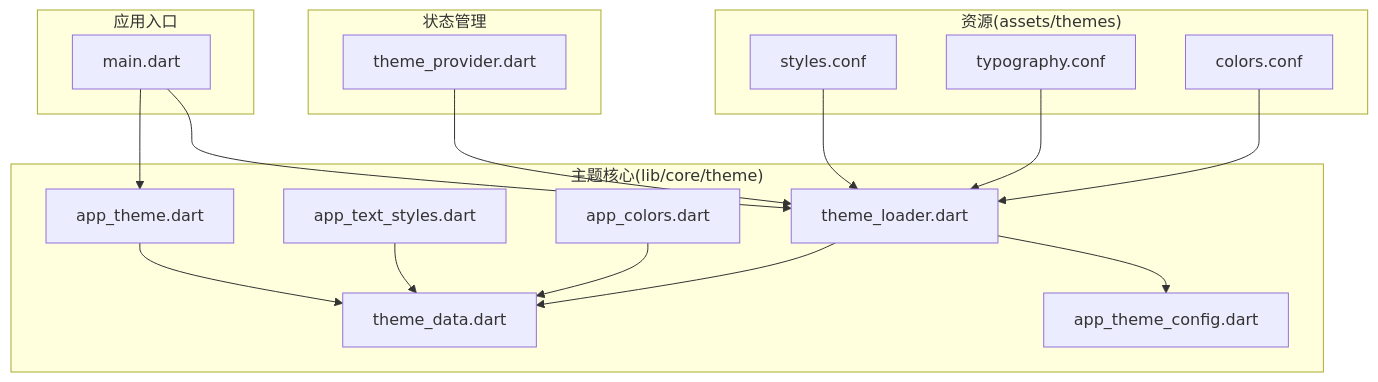
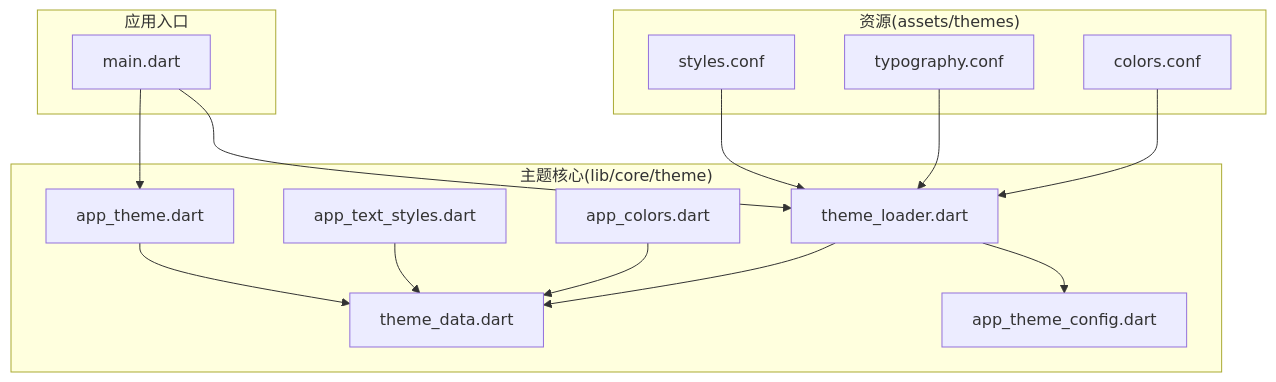
One commit to ZTfer/Tinycast changed the first of 8 diagrams in .qoder/repowiki/zh/content/扩展开发/自定义功能开发/页面开发/主题与样式定制.md. Above: the diagram before and after it, drawn with Mermaid. The commit also changed other lines of this file and 34 other files, not shown here.

````diff
--- a/.qoder/repowiki/zh/content/扩展开发/自定义功能开发/页面开发/主题与样式定制.md
+++ b/.qoder/repowiki/zh/content/扩展开发/自定义功能开发/页面开发/主题与样式定制.md
@@ -45,33 +44,29 @@
 ```mermaid
 graph TB
 subgraph "资源(assets/themes)"
 C["colors.conf"]
 T["typography.conf"]
 S["styles.conf"]
 end
 subgraph "主题核心(lib/core/theme)"
 AC["app_colors.dart"]
 ATS["app_text_styles.dart"]
 AT["app_theme.dart"]
 TD["theme_data.dart"]
 TL["theme_loader.dart"]
 AFC["app_theme_config.dart"]
 end
-subgraph "状态管理"
-TP["theme_provider.dart"]
-end
 subgraph "应用入口"
 M["main.dart"]
 end
 C --> TL
 T --> TL
 S --> TL
 TL --> AFC
 TL --> TD
 AC --> TD
 ATS --> TD
 AT --> TD
-TP --> TL
 M --> TL
 M --> AT
 ```
````
